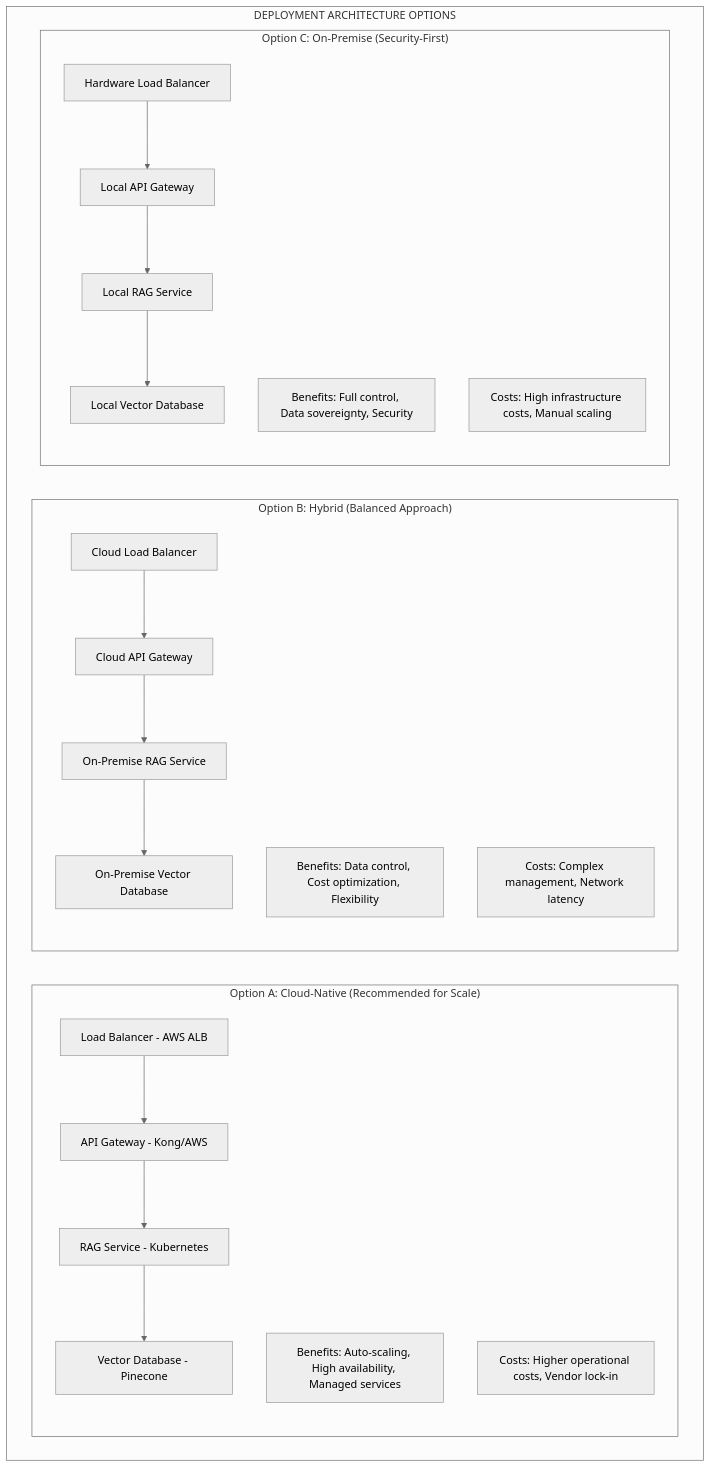
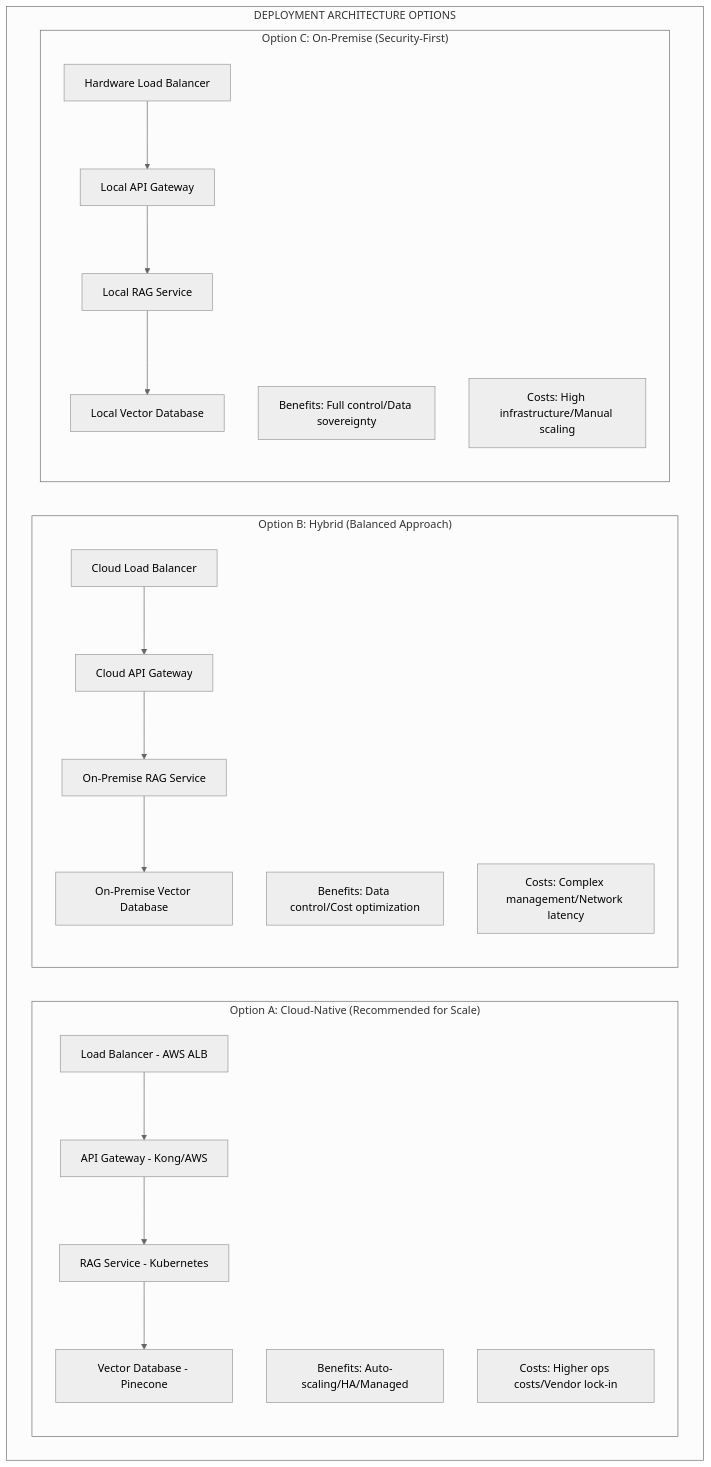
Before and after one commit to satinath-nit/llm-rag-cookbook: diagram 11 of 21 in rag_solution_architecture_document (1).md, drawn with Mermaid (neutral theme). The commit also changed other lines of this file, not shown here.

````diff
--- a/rag_solution_architecture_document (1).md
+++ b/rag_solution_architecture_document (1).md
@@ -720,46 +720,46 @@
 ```mermaid
 graph TB
     subgraph "DEPLOYMENT ARCHITECTURE OPTIONS"
         subgraph "Option A: Cloud-Native (Recommended for Scale)"
             A_LB[Load Balancer - AWS ALB]
             A_API[API Gateway - Kong/AWS]
             A_RAG[RAG Service - Kubernetes]
             A_VDB[Vector Database - Pinecone]
             
             A_LB --> A_API
             A_API --> A_RAG
             A_RAG --> A_VDB
             
-            A_Benefits[Benefits: Auto-scaling, High availability, Managed services]
-            A_Costs[Costs: Higher operational costs, Vendor lock-in]
+            A_Benefits[Benefits: Auto-scaling/HA/Managed]
+            A_Costs[Costs: Higher ops costs/Vendor lock-in]
         end
         
         subgraph "Option B: Hybrid (Balanced Approach)"
             B_LB[Cloud Load Balancer]
             B_API[Cloud API Gateway]
             B_RAG[On-Premise RAG Service]
             B_VDB[On-Premise Vector Database]
             
             B_LB --> B_API
             B_API --> B_RAG
             B_RAG --> B_VDB
             
-            B_Benefits[Benefits: Data control, Cost optimization, Flexibility]
-            B_Costs[Costs: Complex management, Network latency]
+            B_Benefits[Benefits: Data control/Cost optimization]
+            B_Costs[Costs: Complex management/Network latency]
         end
         
         subgraph "Option C: On-Premise (Security-First)"
             C_LB[Hardware Load Balancer]
             C_API[Local API Gateway]
             C_RAG[Local RAG Service]
             C_VDB[Local Vector Database]
             
             C_LB --> C_API
             C_API --> C_RAG
             C_RAG --> C_VDB
             
-            C_Benefits[Benefits: Full control, Data sovereignty, Security]
-            C_Costs[Costs: High infrastructure costs, Manual scaling]
+            C_Benefits[Benefits: Full control/Data sovereignty]
+            C_Costs[Costs: High infrastructure/Manual scaling]
         end
     end
 ```
````
